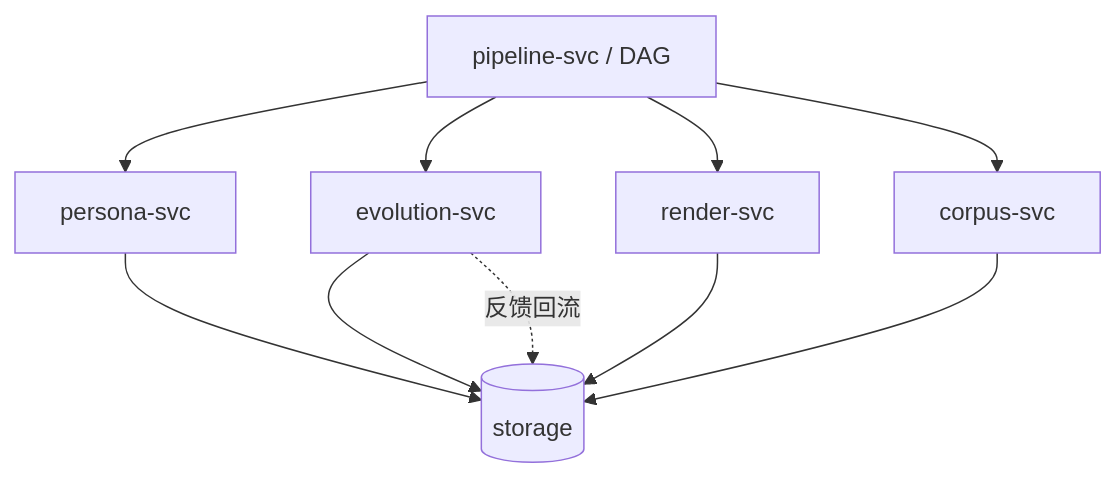
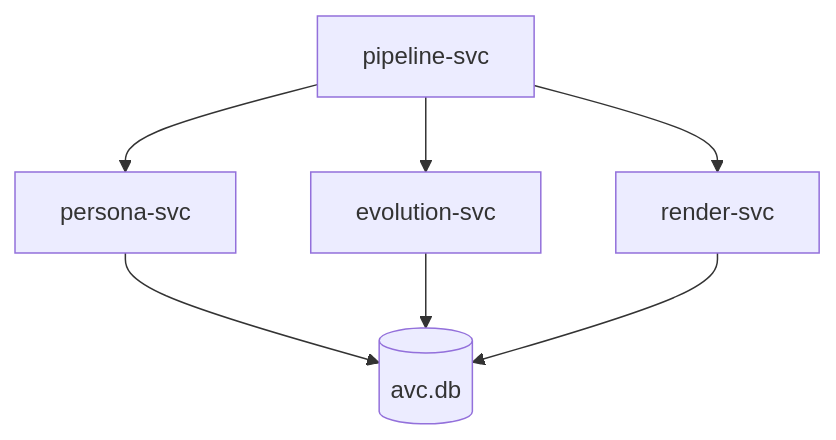
One commit to growdu/avcore changed the second of 7 diagrams in docs/design.md. Above: the diagram before and after it, drawn with Mermaid. The commit also changed other lines of this file and 13 other files, not shown here.

````diff
--- a/docs/design.md
+++ b/docs/design.md
@@ -67,12 +32,9 @@
 ```mermaid
 flowchart TB
-    pipeline[pipeline-svc / DAG] --> PM[persona-svc]
-    pipeline --> EV[evolution-svc]
-    pipeline --> VG[render-svc]
-    pipeline --> KP[corpus-svc]
-    PM --> ST[(storage)]
-    EV --> ST
-    VG --> ST
-    KP --> ST
-    EV -.反馈回流.-> ST
+    PS[persona-svc] --> ST[(avc.db)]
+    EV[evolution-svc] --> ST
+    RG[render-svc] --> ST
+    PL[pipeline-svc] --> PS
+    PL --> EV
+    PL --> RG
 ```
````
